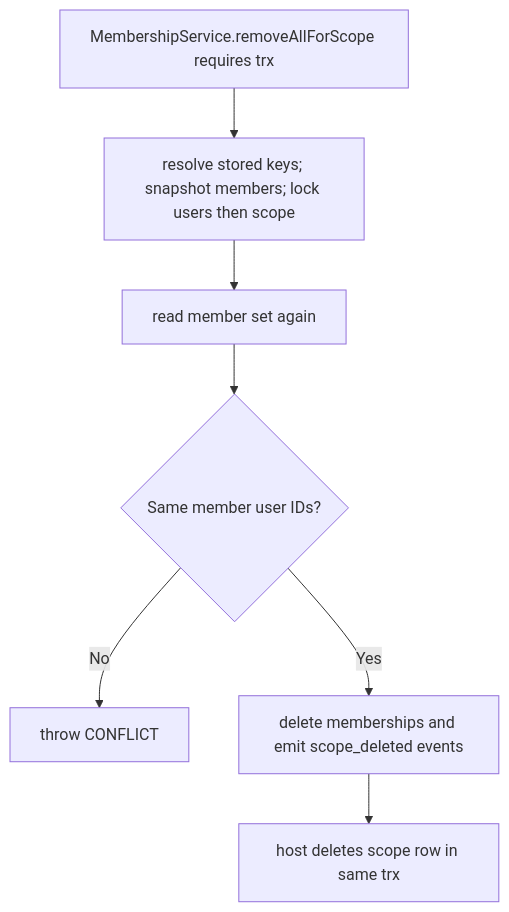
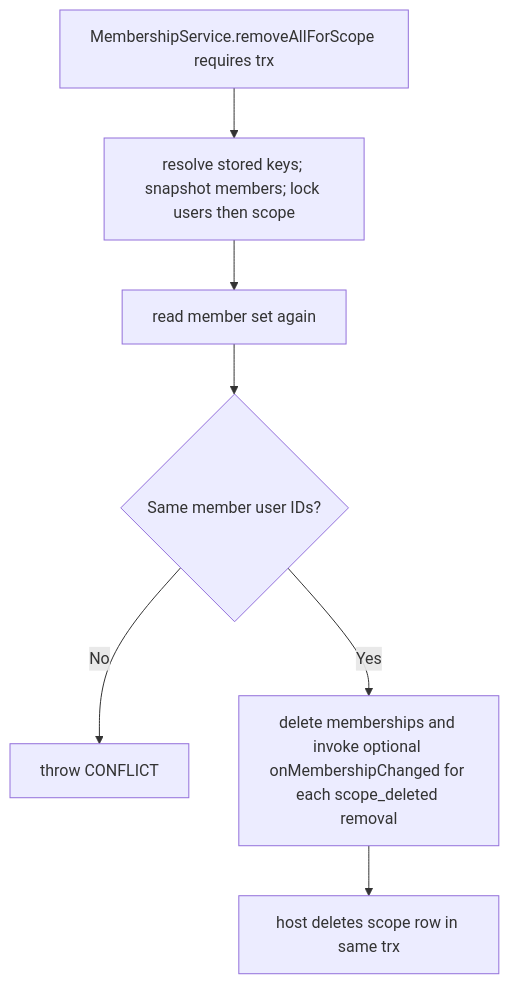
One commit to Kevinjohn/oss-adonisjs-access-control changed the second of 2 diagrams in user-stories/US-ACCESS-25-delete-scope-memberships.md. Above: the diagram before and after it, drawn with Mermaid. The commit also changed other lines of this file and 22 other files, not shown here.

````diff
--- a/user-stories/US-ACCESS-25-delete-scope-memberships.md
+++ b/user-stories/US-ACCESS-25-delete-scope-memberships.md
@@ -34,9 +34,9 @@
 ```mermaid
 flowchart TD
     A["MembershipService.removeAllForScope requires trx"] --> B["resolve stored keys; snapshot members; lock users then scope"]
     B --> C["read member set again"]
     C --> D{"Same member user IDs?"}
     D -->|No| E["throw CONFLICT"]
-    D -->|Yes| F["delete memberships and emit scope_deleted events"]
+    D -->|Yes| F["delete memberships and invoke optional onMembershipChanged for each scope_deleted removal"]
     F --> G["host deletes scope row in same trx"]
 ```
````
